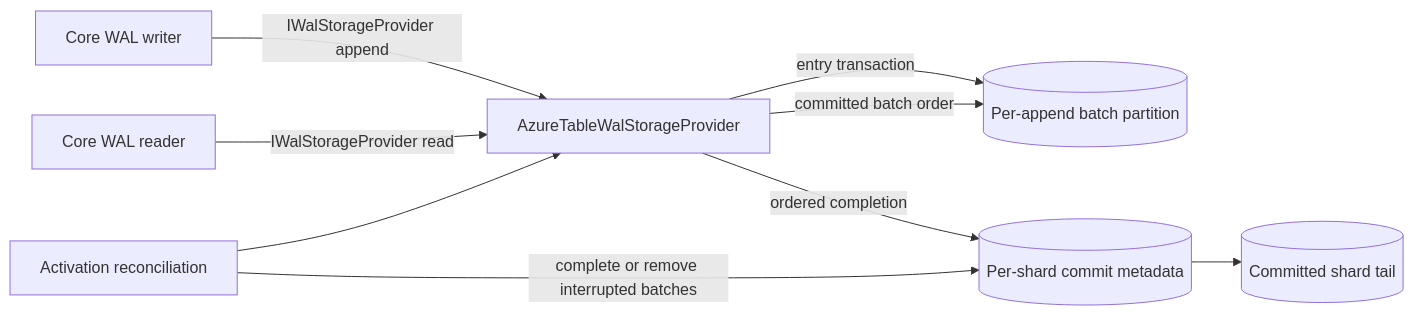
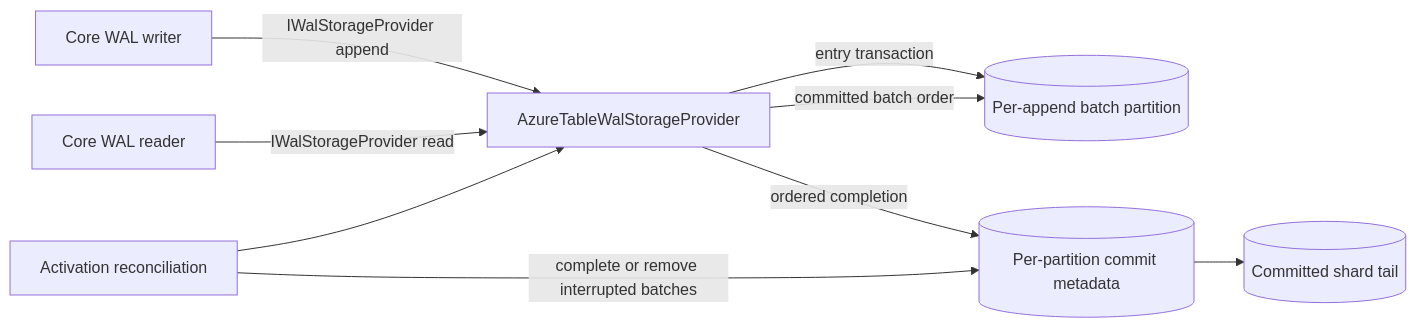
One commit to NSTA1/Orleans.Lattice changed the diagram in docs/lattice.storage.azuretable/architecture.md. Above: the diagram before and after it, drawn with Mermaid. The commit also changed other lines of this file and 131 other files, not shown here.

````diff
--- a/docs/lattice.storage.azuretable/architecture.md
+++ b/docs/lattice.storage.azuretable/architecture.md
@@ -9,11 +9,11 @@
 ```mermaid
 flowchart LR
     Writer[Core WAL writer] -->|IWalStorageProvider append| Provider[AzureTableWalStorageProvider]
     Provider -->|entry transaction| Batch[(Per-append batch partition)]
-    Provider -->|ordered completion| Manifest[(Per-shard commit metadata)]
+    Provider -->|ordered completion| Manifest[(Per-partition commit metadata)]
     Manifest --> Tail[(Committed shard tail)]
     Reader[Core WAL reader] -->|IWalStorageProvider read| Provider
     Provider -->|committed batch order| Batch
     Recovery[Activation reconciliation] --> Provider
     Recovery -->|complete or remove interrupted batches| Manifest
 ```
````
